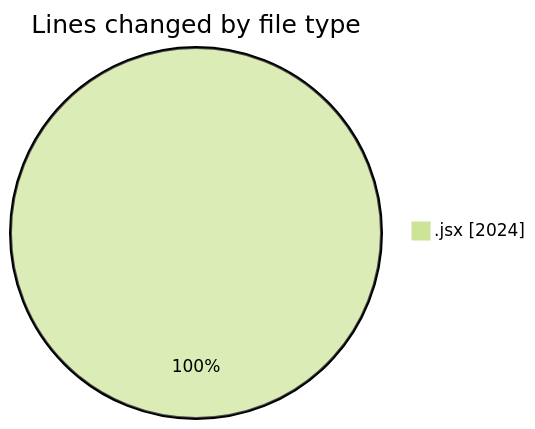
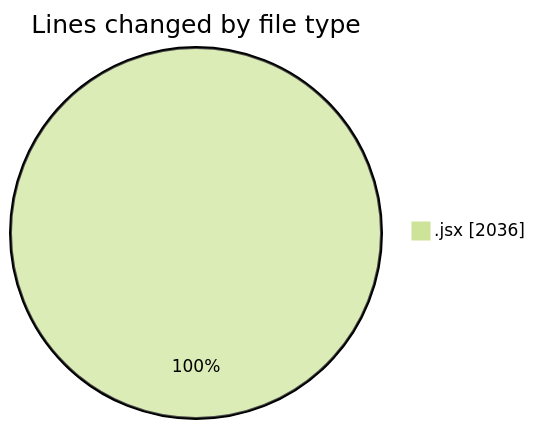
One commit to nxtqubesakshisongat/code-tracking changed the first of 2 diagrams in 2025-05-05/nxtqube_webapp/README.md. Above: the diagram before and after it, drawn with Mermaid (forest theme). The commit also changed other lines of this file and 1 other file, not shown here.

````diff
--- a/2025-05-05/nxtqube_webapp/README.md
+++ b/2025-05-05/nxtqube_webapp/README.md
@@ -20,5 +20,5 @@
 ```mermaid
 pie showData
 title Lines changed by file type
-".jsx" : 2024
+".jsx" : 2036
 ```
````
